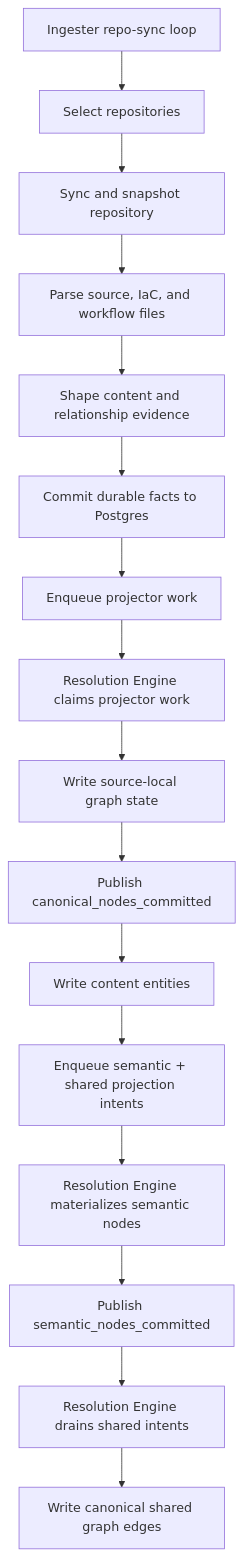
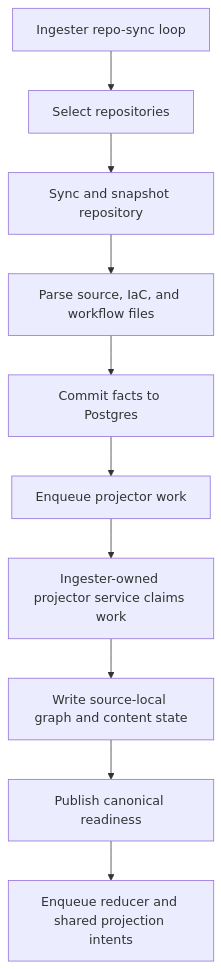
One commit to eshu-hq/eshu changed the first of 5 diagrams in docs/public/reference/service-workflows.md. Above: the diagram before and after it, drawn with Mermaid. The commit also changed other lines of this file and 5 other files, not shown here.

````diff
--- a/docs/public/reference/service-workflows.md
+++ b/docs/public/reference/service-workflows.md
@@ -23,18 +24,12 @@
 ```mermaid
 flowchart TD
   A["Ingester repo-sync loop"] --> B["Select repositories"]
   B --> C["Sync and snapshot repository"]
   C --> D["Parse source, IaC, and workflow files"]
-  D --> E["Shape content and relationship evidence"]
-  E --> F["Commit durable facts to Postgres"]
-  F --> G["Enqueue projector work"]
-  G --> H["Resolution Engine claims projector work"]
-  H --> I["Write source-local graph state"]
-  I --> J["Publish canonical_nodes_committed"]
-  J --> K["Write content entities"]
-  K --> L["Enqueue semantic + shared projection intents"]
-  L --> M["Resolution Engine materializes semantic nodes"]
-  M --> N["Publish semantic_nodes_committed"]
-  N --> O["Resolution Engine drains shared intents"]
-  O --> P["Write canonical shared graph edges"]
+  D --> E["Commit facts to Postgres"]
+  E --> F["Enqueue projector work"]
+  F --> G["Ingester-owned projector service claims work"]
+  G --> H["Write source-local graph and content state"]
+  H --> I["Publish canonical readiness"]
+  I --> J["Enqueue reducer and shared projection intents"]
 ```
````
